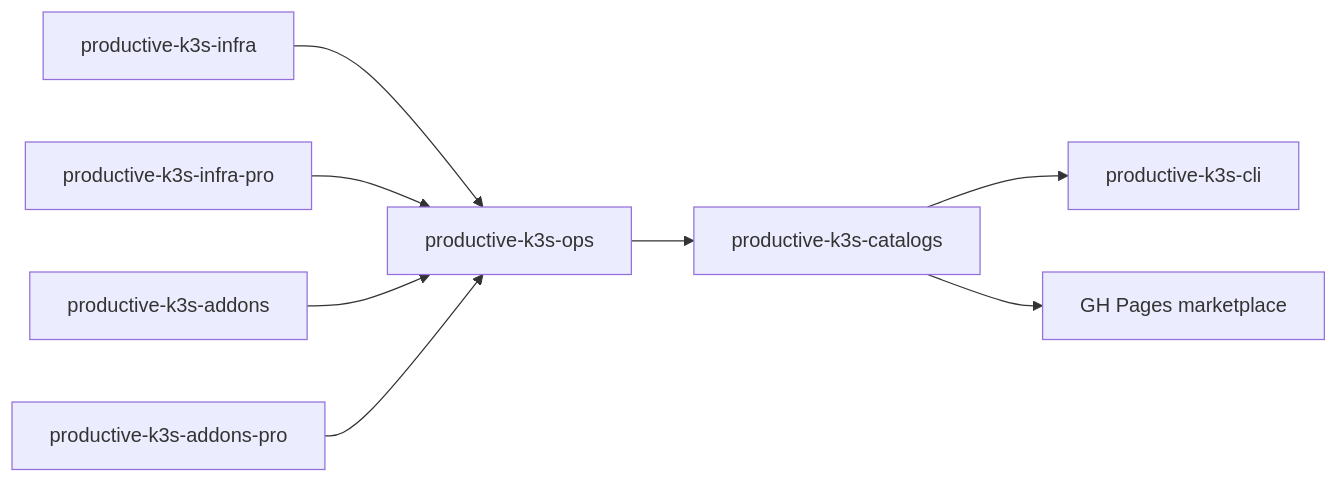
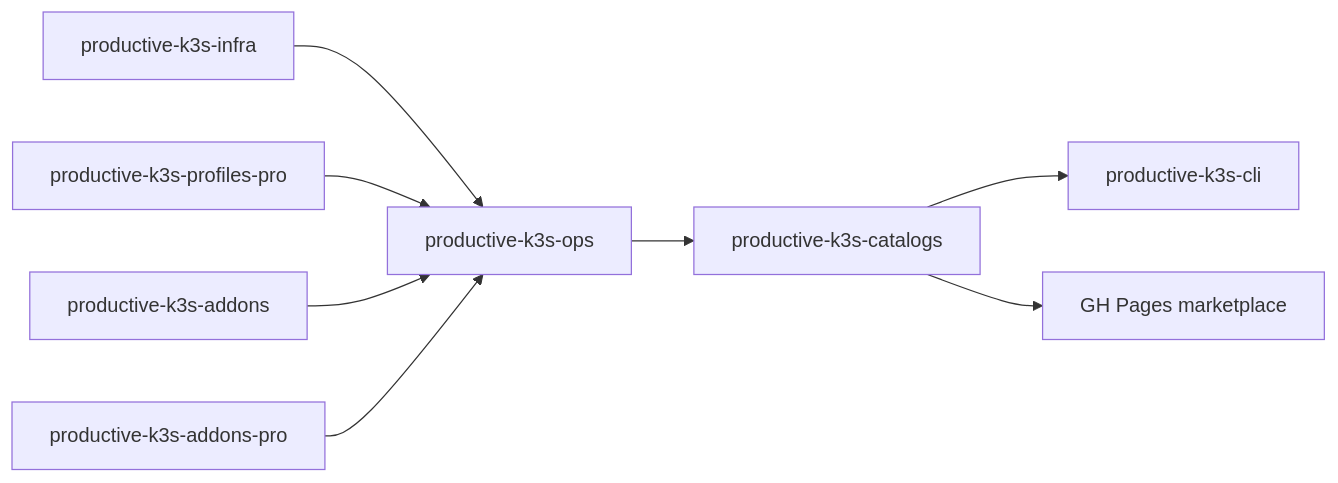
Before and after one commit to productive-k3s/productive-k3s-catalogs: the diagram in docs/index.md, drawn with Mermaid. The commit also changed 2 other files, not shown here.

Commit message:
Align catalog docs and validation with stack artifacts

````diff
--- a/docs/index.md
+++ b/docs/index.md
@@ -16,10 +16,10 @@
 ```mermaid
 graph LR
   Ops[productive-k3s-ops] --> Catalogs[productive-k3s-catalogs]
   Infra[productive-k3s-infra] --> Ops
-  InfraPro[productive-k3s-infra-pro] --> Ops
+  InfraPro[productive-k3s-profiles-pro] --> Ops
   Addons[productive-k3s-addons] --> Ops
   AddonsPro[productive-k3s-addons-pro] --> Ops
   Catalogs --> CLI[productive-k3s-cli]
   Catalogs --> Web[GH Pages marketplace]
 ```
````
